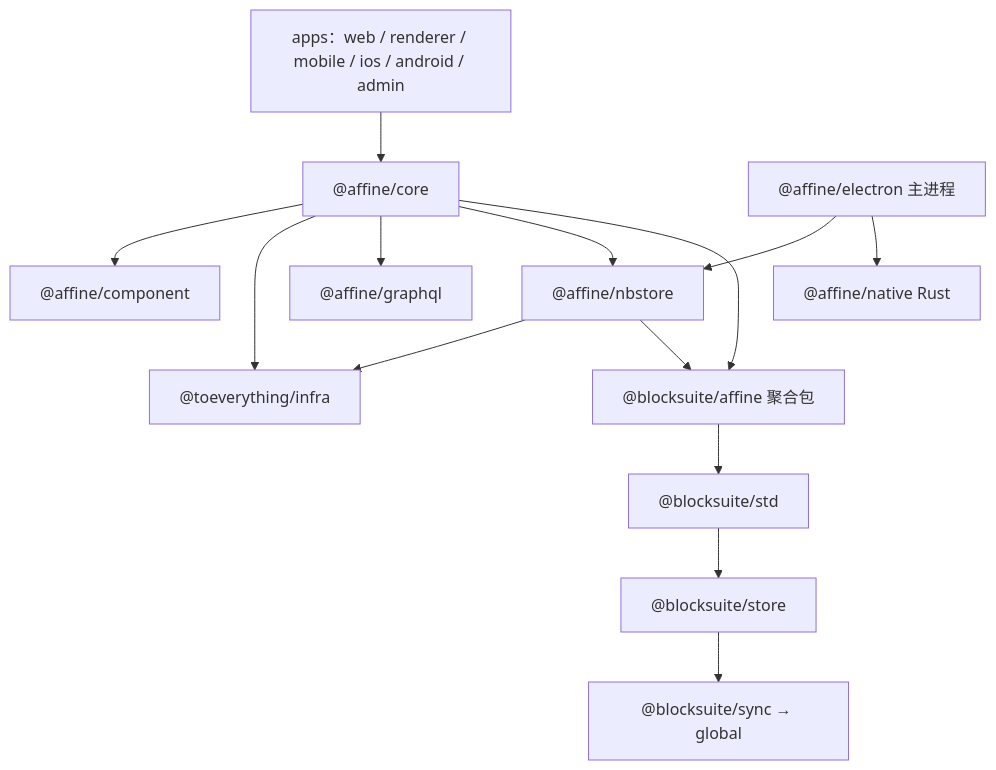
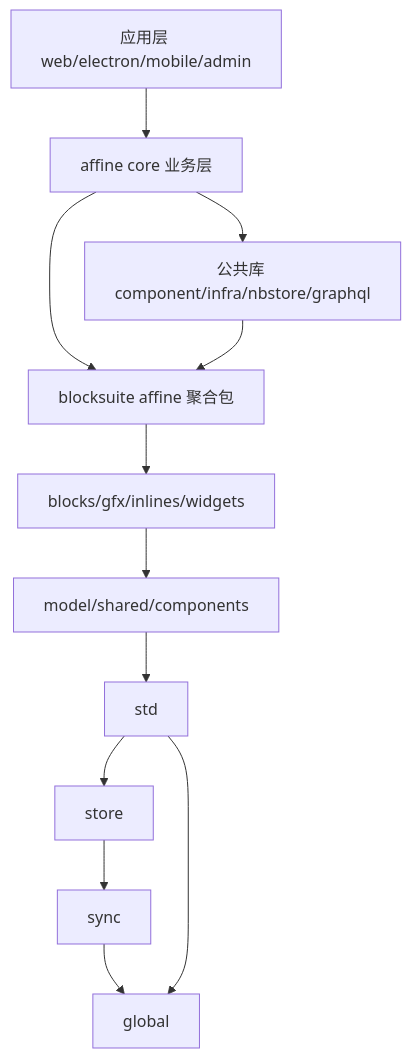
One commit to lfire/AFFiNE changed the second of 3 diagrams in learning-guide/slides/decks/09.md. Above: the diagram before and after it, drawn with Mermaid. The commit also changed other lines of this file and 46 other files, not shown here.

````diff
--- a/learning-guide/slides/decks/09.md
+++ b/learning-guide/slides/decks/09.md
@@ -266,16 +284,14 @@
 ```mermaid
 flowchart TB
-  Apps["apps：web / renderer / mobile / ios / android / admin"] --> Core["@affine/core"]
-  Electron["@affine/electron 主进程"] --> NB["@affine/nbstore"]
-  Electron --> Native["@affine/native Rust"]
-  Core --> Comp["@affine/component"]
-  Core --> Infra["@toeverything/infra"]
-  Core --> GQL["@affine/graphql"]
-  Core --> NB
-  NB --> Infra
-  Core --> BSA["@blocksuite/affine 聚合包"]
-  NB --> BSA
-  BSA --> Std["@blocksuite/std"]
-  Std --> Store["@blocksuite/store"]
-  Store --> Glob["@blocksuite/sync → global"]
+  apps["应用层 web/electron/mobile/admin"] --> core["affine core 业务层"]
+  core --> pub["公共库 component/infra/nbstore/graphql"]
+  core --> bsall["blocksuite affine 聚合包"]
+  pub --> bsall
+  bsall --> blocks["blocks/gfx/inlines/widgets"]
+  blocks --> bsbase["model/shared/components"]
+  bsbase --> std["std"]
+  std --> store["store"]
+  store --> sync["sync"]
+  sync --> global["global"]
+  std --> global
 ```
````
